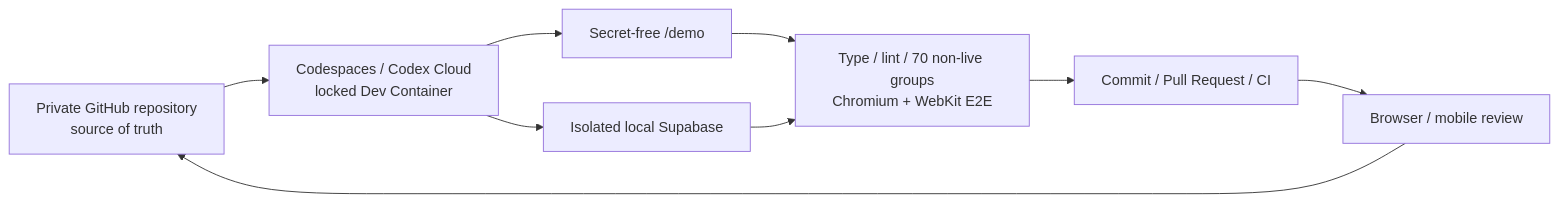
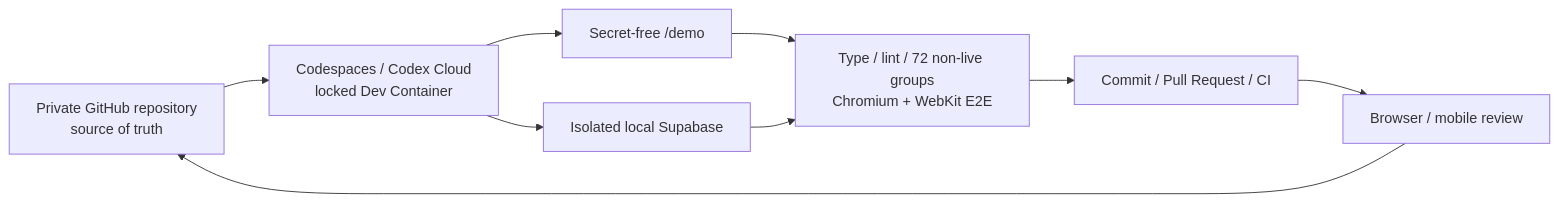
Before and after one commit to genellect/compass-interactive: the first of 2 diagrams in README.md, drawn with Mermaid. The commit also changed 28 other files, not shown here.

````diff
--- a/README.md
+++ b/README.md
@@ -109,11 +109,11 @@
 ```mermaid
 flowchart LR
     GitHub["Private GitHub repository\nsource of truth"] --> Workspace["Codespaces / Codex Cloud\nlocked Dev Container"]
     Workspace --> Demo["Secret-free /demo"]
     Workspace --> Local["Isolated local Supabase"]
-    Demo --> Gate["Type / lint / 70 non-live groups\nChromium + WebKit E2E"]
+    Demo --> Gate["Type / lint / 72 non-live groups\nChromium + WebKit E2E"]
     Local --> Gate
     Gate --> PR["Commit / Pull Request / CI"]
     PR --> Review["Browser / mobile review"]
     Review --> GitHub
 ```
````
